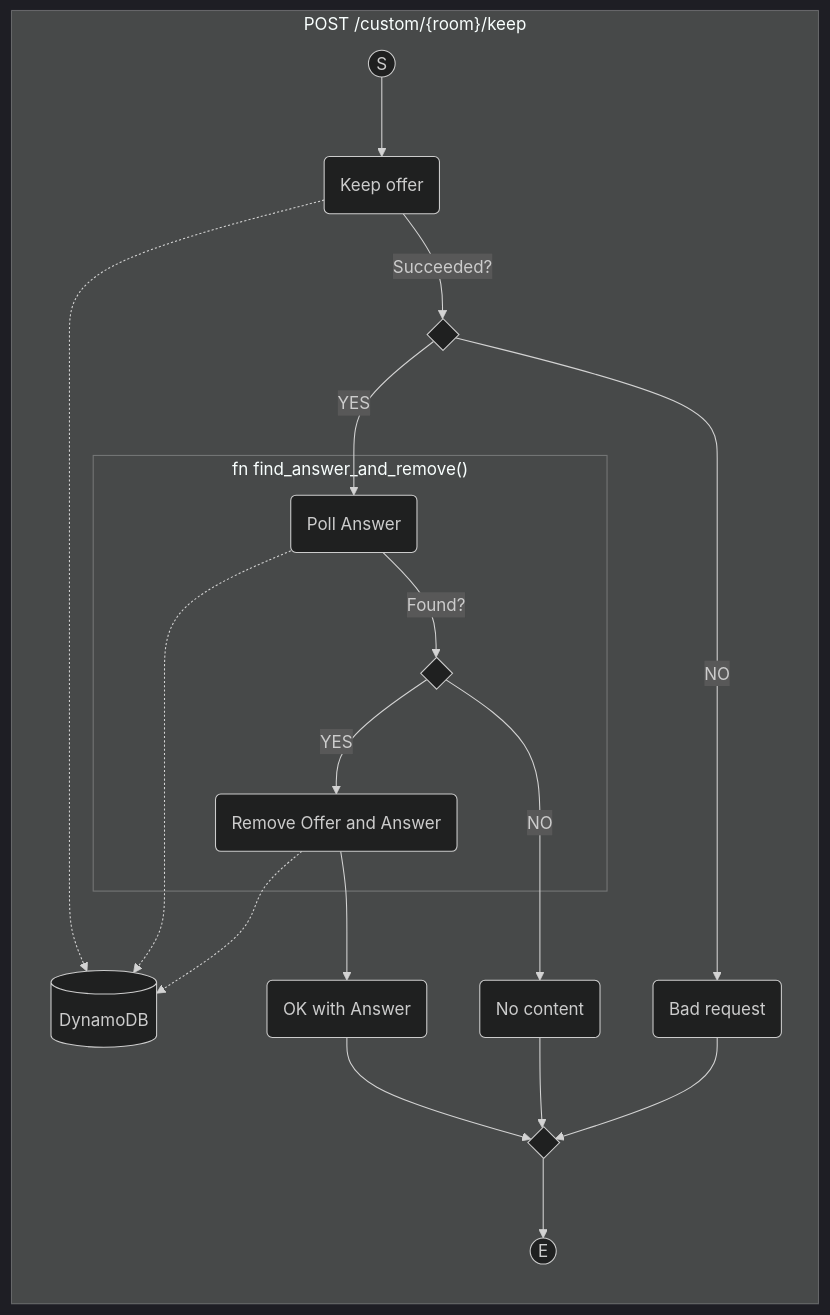
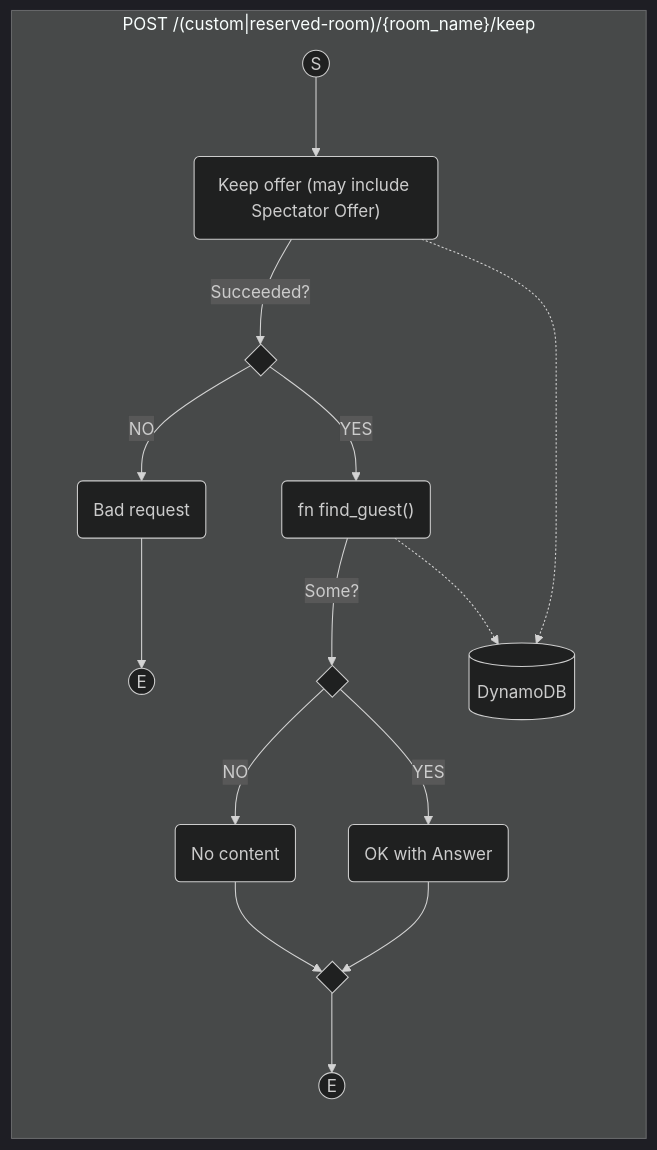
The third of 8 diagrams in junowen-server/docs/activity-diagrams.md (progre/junowen), drawn with Mermaid (dark theme) before and after one commit. The commit also changed other lines of this file and 5 other files, not shown here.

````diff
--- a/junowen-server/docs/activity-diagrams.md
+++ b/junowen-server/docs/activity-diagrams.md
@@ -52,30 +86,23 @@
 ```mermaid
 flowchart TB
   DB[(DynamoDB)]
 
-  subgraph 3000 ["POST /custom/{room}/keep"]
+  subgraph 3000 ["POST /(custom|reserved-room)/{room_name}/keep"]
     direction TB
     3001((S))
-    3001 --> 3010(Keep offer)
+    3001 --> 3010("Keep offer (may include Spectator Offer)")
     3010 -.-> DB
     3010 -- Succeeded? --> 3020{ }
-
-    3020 -- YES --> 3065(Poll Answer)
+      3020 -- NO --> 3030(Bad request)
+      3030 --> 3031((E))
+    3020 -- YES --> 3065("fn find_guest()")
     3065 -.-> DB
-    subgraph "fn find_answer_and_remove()"
-      3065 -- Found? --> 3070{ }
-
-      3070 -- YES --> 3100(Remove Offer and Answer)
-    end
-    3100 -.-> DB
-    3100 --> 3110(OK with Answer)
-    3110 --> 3998
-
-    3070 -- NO --> 3080(No content)
-    3080 --> 3998
-
-    3020 -- NO --> 3030(Bad request)
-    3030 --> 3998{ }
+    3065 -- Some? --> 3070{ }
+      3070 -- YES --> 3110(OK with Answer)
+      3110 --> 3998{ }
+    %% else
+      3070 -- NO --> 3080(No content)
+      3080 --> 3998
     3998 --> 3999((E))
   end
 ```
````
